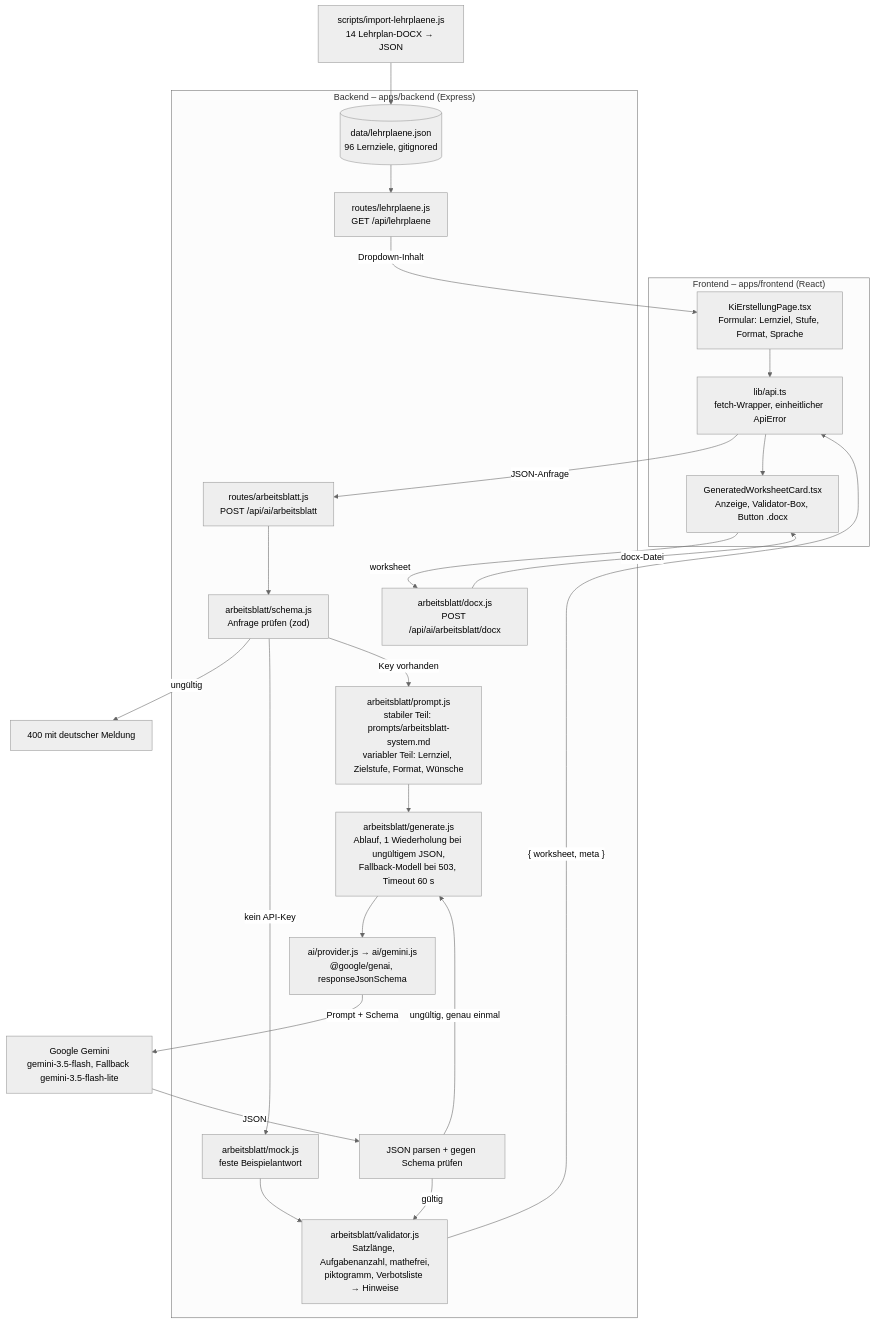
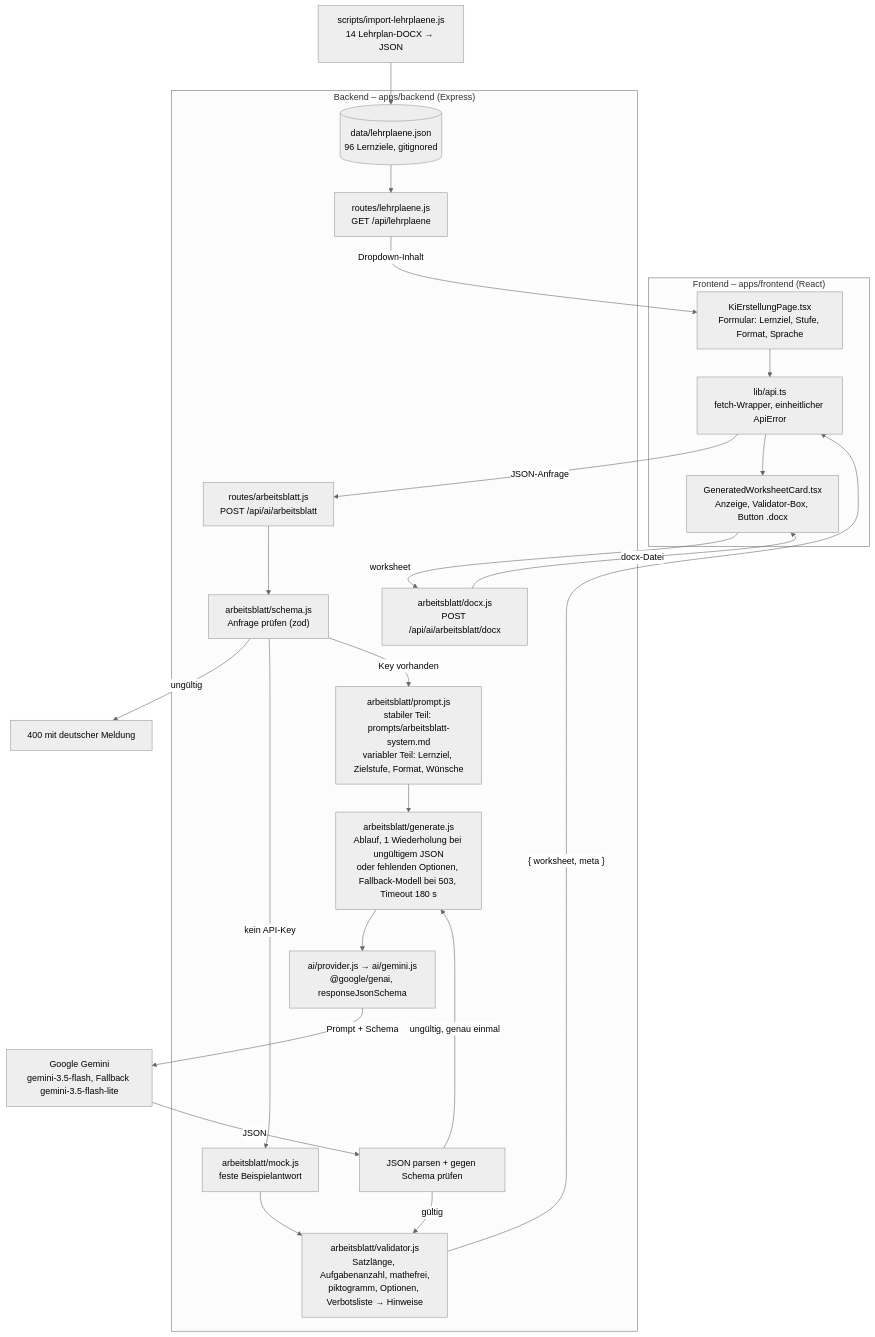
The second of 2 diagrams in docs/prototyp-ki-arbeitsblatt.md (ZipseLu/DHBW-Integrationsseminar-Bildungspark), drawn with Mermaid (neutral theme) before and after one commit. The commit also changed other lines of this file and 11 other files, not shown here.

First line of the commit message:
Fix: KI laesst bei Piktogramm-Formaten die Antwortoptionen weg (QS-04)

````diff
--- a/docs/prototyp-ki-arbeitsblatt.md
+++ b/docs/prototyp-ki-arbeitsblatt.md
@@ -48,46 +48,46 @@
 ```mermaid
 flowchart TD
     subgraph FE["Frontend – apps/frontend (React)"]
         Form["KiErstellungPage.tsx<br/>Formular: Lernziel, Stufe, Format, Sprache"]
         Api["lib/api.ts<br/>fetch-Wrapper, einheitlicher ApiError"]
         Card["GeneratedWorksheetCard.tsx<br/>Anzeige, Validator-Box, Button .docx"]
     end
 
     subgraph BE["Backend – apps/backend (Express)"]
         Route["routes/arbeitsblatt.js<br/>POST /api/ai/arbeitsblatt"]
         Schema["arbeitsblatt/schema.js<br/>Anfrage prüfen (zod)"]
         Mock["arbeitsblatt/mock.js<br/>feste Beispielantwort"]
         Prompt["arbeitsblatt/prompt.js<br/>stabiler Teil: prompts/arbeitsblatt-system.md<br/>variabler Teil: Lernziel, Zielstufe, Format, Wünsche"]
-        Gen["arbeitsblatt/generate.js<br/>Ablauf, 1 Wiederholung bei ungültigem JSON,<br/>Fallback-Modell bei 503, Timeout 60 s"]
+        Gen["arbeitsblatt/generate.js<br/>Ablauf, 1 Wiederholung bei ungültigem JSON<br/>oder fehlenden Optionen, Fallback-Modell bei 503, Timeout 180 s"]
         Prov["ai/provider.js → ai/gemini.js<br/>@google/genai, responseJsonSchema"]
         Parse["JSON parsen + gegen Schema prüfen"]
-        Val["arbeitsblatt/validator.js<br/>Satzlänge, Aufgabenanzahl, mathefrei,<br/>piktogramm, Verbotsliste → Hinweise"]
+        Val["arbeitsblatt/validator.js<br/>Satzlänge, Aufgabenanzahl, mathefrei,<br/>piktogramm, Optionen, Verbotsliste → Hinweise"]
         Docx["arbeitsblatt/docx.js<br/>POST /api/ai/arbeitsblatt/docx"]
         Lehr["routes/lehrplaene.js<br/>GET /api/lehrplaene"]
         Data[("data/lehrplaene.json<br/>96 Lernziele, gitignored")]
     end
 
     Gemini["Google Gemini<br/>gemini-3.5-flash, Fallback gemini-3.5-flash-lite"]
     Import["scripts/import-lehrplaene.js<br/>14 Lehrplan-DOCX → JSON"]
 
     Form --> Api
     Api -- "JSON-Anfrage" --> Route
     Route --> Schema
     Schema -- "ungültig" --> E400["400 mit deutscher Meldung"]
     Schema -- "kein API-Key" --> Mock
     Mock --> Val
     Schema -- "Key vorhanden" --> Prompt
     Prompt --> Gen
     Gen --> Prov
     Prov -- "Prompt + Schema" --> Gemini
     Gemini -- "JSON" --> Parse
     Parse -- "ungültig, genau einmal" --> Gen
     Parse -- "gültig" --> Val
     Val -- "{ worksheet, meta }" --> Api
     Api --> Card
     Card -- "worksheet" --> Docx
     Docx -- "docx-Datei" --> Card
     Import --> Data
     Data --> Lehr
     Lehr -- "Dropdown-Inhalt" --> Form
 ```
````
